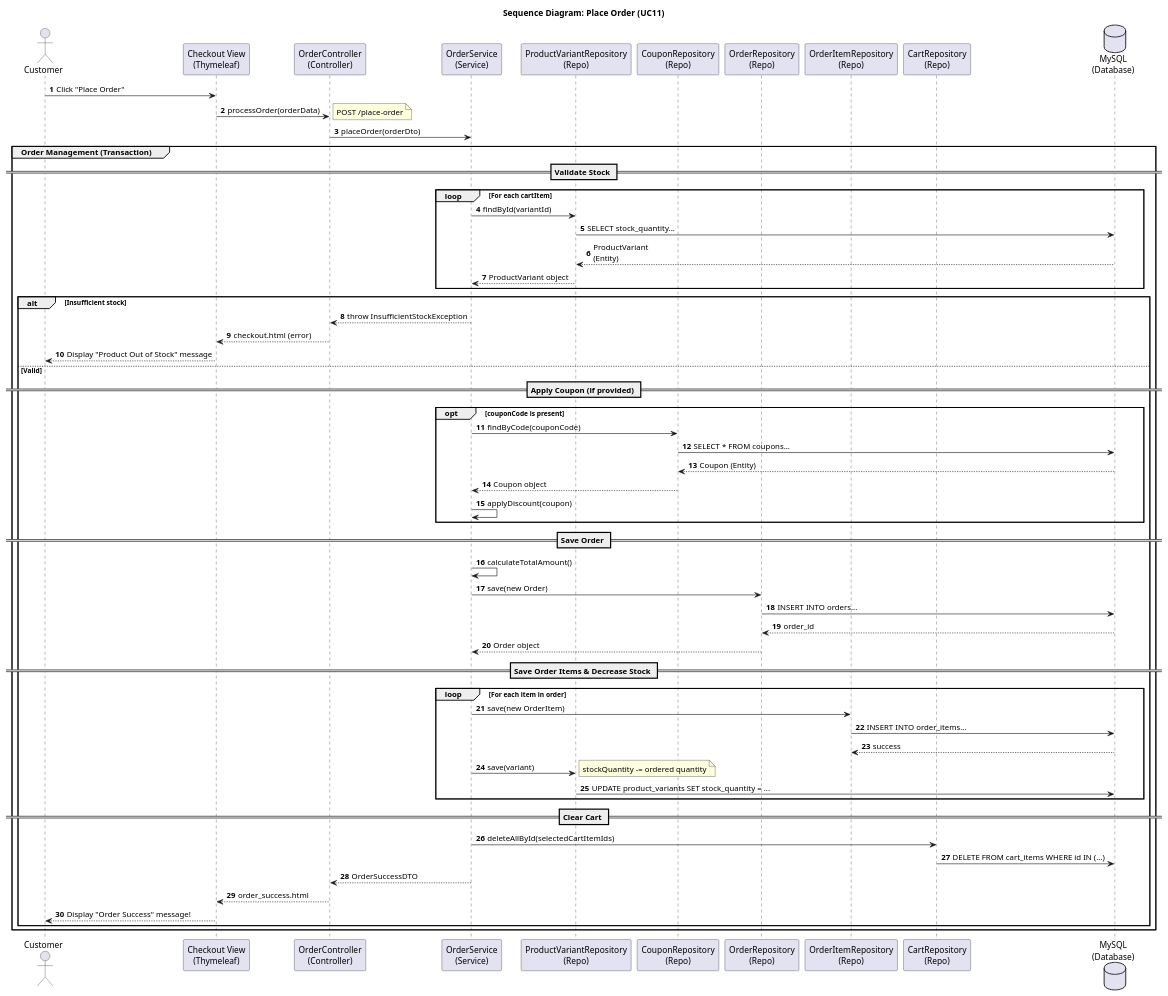
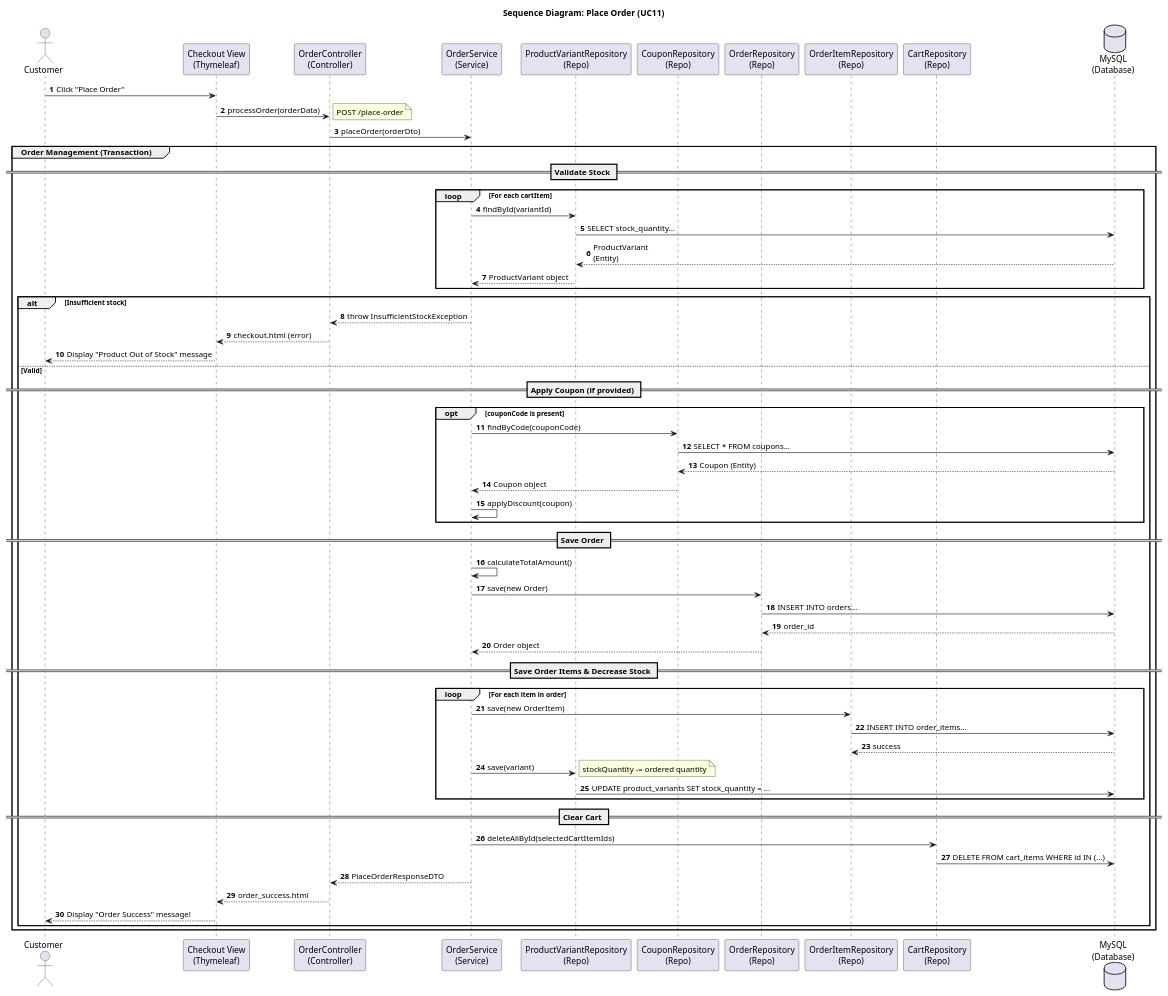
One commit to Peterdir/fashion-store-system changed the diagram in src/main/java/org/example/fashionstoresystem/uml/Sequence/SD11_PlaceOrder.puml. Above: the diagram before and after it, drawn with PlantUML. The commit also changed 28 other files, not shown here.

```diff
--- a/src/main/java/org/example/fashionstoresystem/uml/Sequence/SD11_PlaceOrder.puml
+++ b/src/main/java/org/example/fashionstoresystem/uml/Sequence/SD11_PlaceOrder.puml
@@ -1,71 +1,71 @@
 @startuml
 title Sequence Diagram: Place Order (UC11)
 
 autonumber
 actor Customer
 participant "Checkout View\n(Thymeleaf)" as View
 participant "OrderController\n(Controller)" as Controller
 participant "OrderService\n(Service)" as Service
 participant "ProductVariantRepository\n(Repo)" as VariantRepo
 participant "CouponRepository\n(Repo)" as CouponRepo
 participant "OrderRepository\n(Repo)" as OrderRepo
 participant "OrderItemRepository\n(Repo)" as ItemRepo
 participant "CartRepository\n(Repo)" as CartRepo
 database "MySQL\n(Database)" as DB
 
 Customer -> View : Click "Place Order"
 View -> Controller : processOrder(orderData)
 note right: POST /place-order
 Controller -> Service : placeOrder(orderDto)
 
 group Order Management (Transaction)
     == Validate Stock ==
     loop For each cartItem
         Service -> VariantRepo : findById(variantId)
         VariantRepo -> DB : SELECT stock_quantity...
         DB --> VariantRepo : ProductVariant\n(Entity)
         VariantRepo --> Service : ProductVariant object
     end
 
     alt Insufficient stock
         Service --> Controller : throw InsufficientStockException
         Controller --> View : checkout.html (error)
         View --> Customer : Display "Product Out of Stock" message
     else Valid
         == Apply Coupon (if provided) ==
         opt couponCode is present
             Service -> CouponRepo : findByCode(couponCode)
             CouponRepo -> DB : SELECT * FROM coupons...
             DB --> CouponRepo : Coupon (Entity)
             CouponRepo --> Service : Coupon object
             Service -> Service : applyDiscount(coupon)
         end
 
         == Save Order ==
         Service -> Service : calculateTotalAmount()
         Service -> OrderRepo : save(new Order)
         OrderRepo -> DB : INSERT INTO orders...
         DB --> OrderRepo : order_id
         OrderRepo --> Service : Order object
 
         == Save Order Items & Decrease Stock ==
         loop For each item in order
             Service -> ItemRepo : save(new OrderItem)
             ItemRepo -> DB : INSERT INTO order_items...
             DB --> ItemRepo : success
 
             Service -> VariantRepo : save(variant)
             note right: stockQuantity -= ordered quantity
             VariantRepo -> DB : UPDATE product_variants SET stock_quantity = ...
         end
 
         == Clear Cart ==
         Service -> CartRepo : deleteAllById(selectedCartItemIds)
         CartRepo -> DB : DELETE FROM cart_items WHERE id IN (...)
 
-        Service --> Controller : OrderSuccessDTO
+        Service --> Controller : PlaceOrderResponseDTO
         Controller --> View : order_success.html
         View --> Customer : Display "Order Success" message!
     end
 end
 @enduml
```
